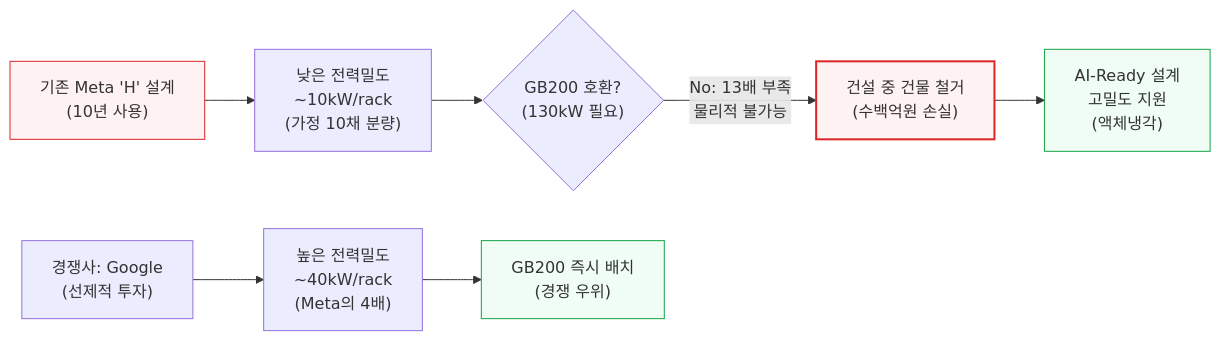
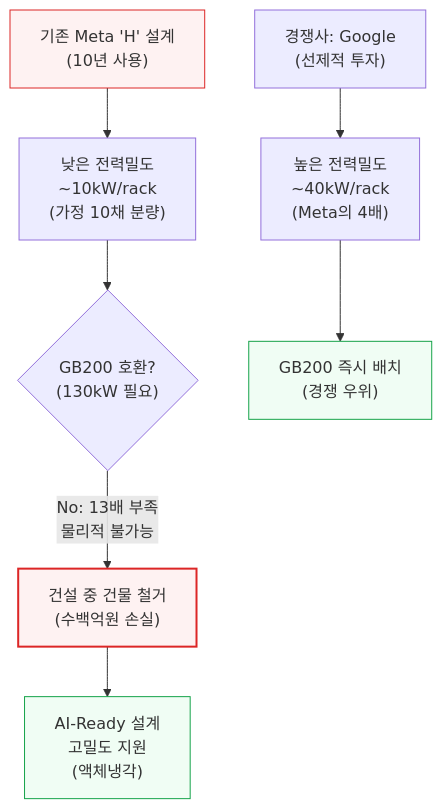
The second of 10 diagrams in 원본 해석/[2024-10-14] 데이터센터 해부학 Part 1 - 전기 시스템.md (yohan4477/semi-report), drawn with Mermaid before and after one commit. The commit also changed 1 other file, not shown here.

Commit message:
Force mermaid diagrams to top-down direction for mobile readers
The Meta vs Google comparison diagram used graph LR, which overflows
the screen width and requires horizontal scrolling on mobile. Switched
to graph TD and codified TD-only as a rule.

````diff
--- a/원본 해석/[2024-10-14] 데이터센터 해부학 Part 1 - 전기 시스템.md
+++ b/원본 해석/[2024-10-14] 데이터센터 해부학 Part 1 - 전기 시스템.md
@@ -96,15 +96,15 @@
 ```mermaid
-graph LR
+graph TD
     OldDesign["기존 Meta 'H' 설계<br/>(10년 사용)"] --> LowDensity["낮은 전력밀도<br/>~10kW/rack<br/>(가정 10채 분량)"]
     LowDensity --> Incompatible{"GB200 호환?<br/>(130kW 필요)"}
     Incompatible -->|"No: 13배 부족<br/>물리적 불가능"| Demolish["건설 중 건물 철거<br/>(수백억원 손실)"]
     Demolish --> NewDesign["AI-Ready 설계<br/>고밀도 지원<br/>(액체냉각)"]
 
     Competitor["경쟁사: Google<br/>(선제적 투자)"] --> HighDensity["높은 전력밀도<br/>~40kW/rack<br/>(Meta의 4배)"]
     HighDensity --> Compatible["GB200 즉시 배치<br/>(경쟁 우위)"]
 
     style OldDesign fill:#fef2f2,stroke:#dc2626
     style Demolish fill:#fef2f2,stroke:#dc2626,stroke-width:2px
     style NewDesign fill:#f0fdf4,stroke:#16a34a
     style Compatible fill:#f0fdf4,stroke:#16a34a
 ```
````
